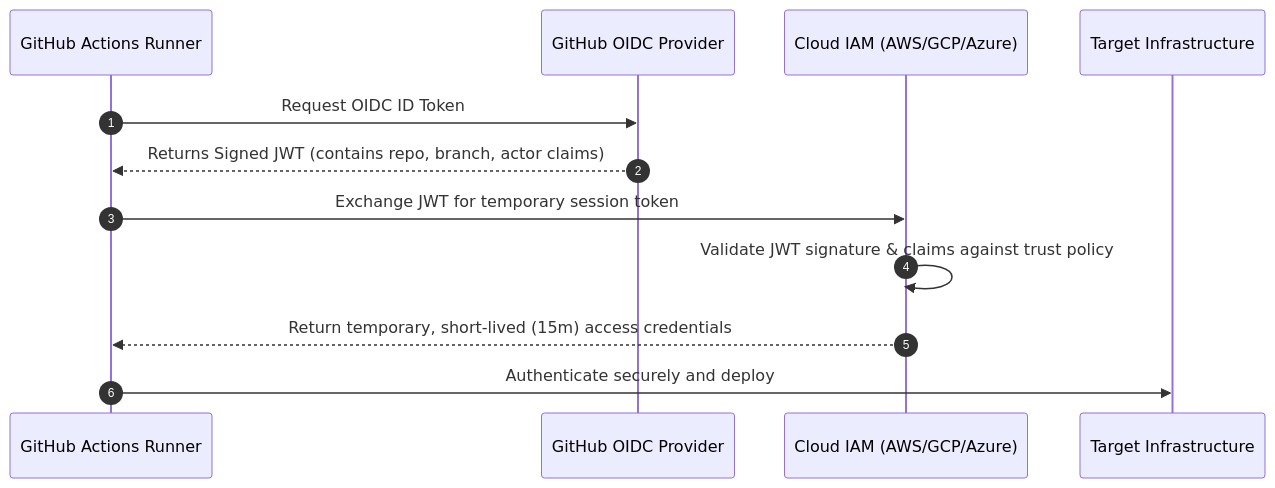
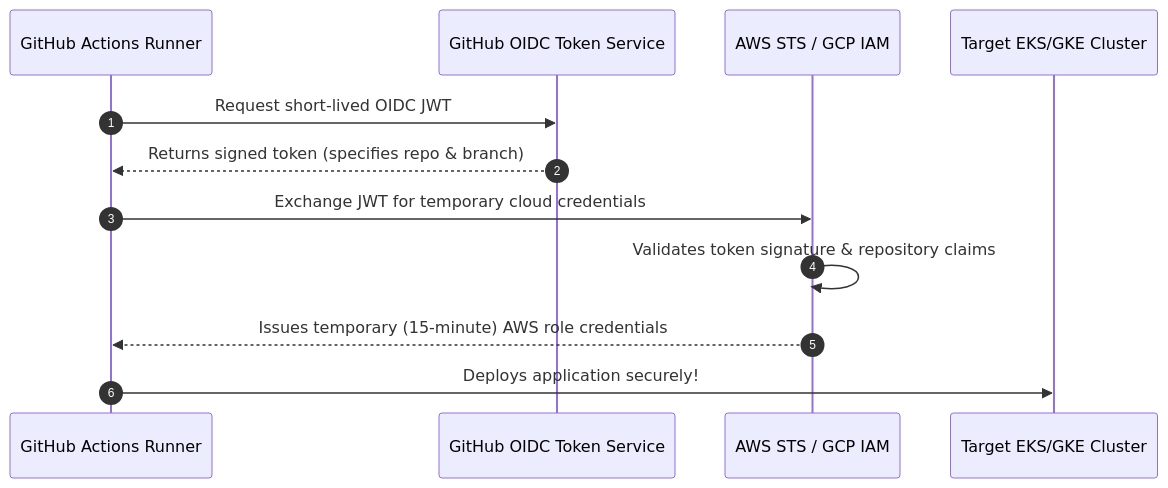
Before and after one commit to PandeyKishan/Study-Notes: the second of 2 diagrams in 04-CICD-Pipelines/02-GitHub-Actions-Deep-Dive.md, drawn with Mermaid. The commit also changed other lines of this file and 20 other files, not shown here.

````diff
--- a/04-CICD-Pipelines/02-GitHub-Actions-Deep-Dive.md
+++ b/04-CICD-Pipelines/02-GitHub-Actions-Deep-Dive.md
@@ -110,15 +138,15 @@
 ```mermaid
 sequenceDiagram
     autonumber
-    participant GHA as GitHub Actions Runner
-    participant GH_OIDC as GitHub OIDC Provider
-    participant IAM as Cloud IAM (AWS/GCP/Azure)
-    participant K8s as Target Infrastructure
+    participant Runner as GitHub Actions Runner
+    participant GHA_OIDC as GitHub OIDC Token Service
+    participant Cloud as AWS STS / GCP IAM
+    participant K8s as Target EKS/GKE Cluster
 
-    GHA->>GH_OIDC: Request OIDC ID Token
-    GH_OIDC-->>GHA: Returns Signed JWT (contains repo, branch, actor claims)
-    GHA->>IAM: Exchange JWT for temporary session token
-    IAM->>IAM: Validate JWT signature & claims against trust policy
-    IAM-->>GHA: Return temporary, short-lived (15m) access credentials
-    GHA->>K8s: Authenticate securely and deploy
+    Runner->>GHA_OIDC: Request short-lived OIDC JWT
+    GHA_OIDC-->>Runner: Returns signed token (specifies repo & branch)
+    Runner->>Cloud: Exchange JWT for temporary cloud credentials
+    Cloud->>Cloud: Validates token signature & repository claims
+    Cloud-->>Runner: Issues temporary (15-minute) AWS role credentials
+    Runner->>K8s: Deploys application securely!
 ```
````
